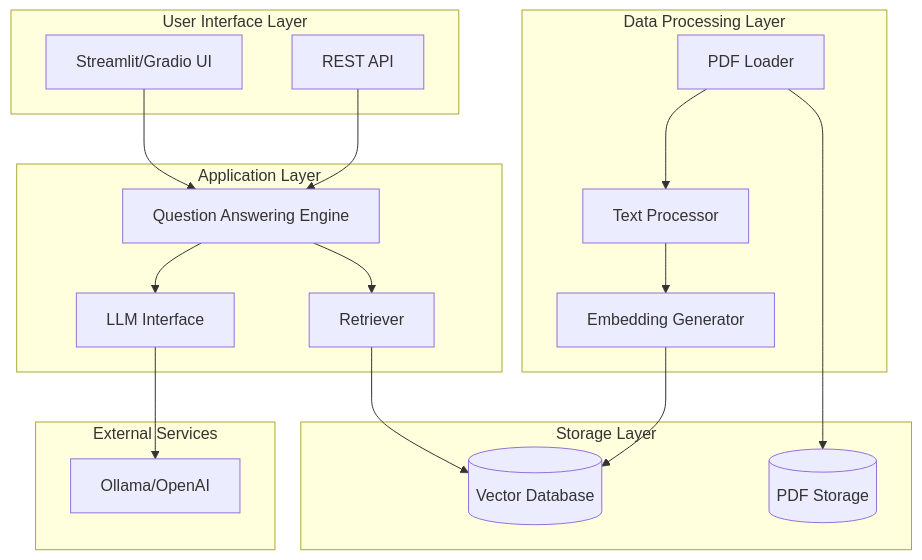
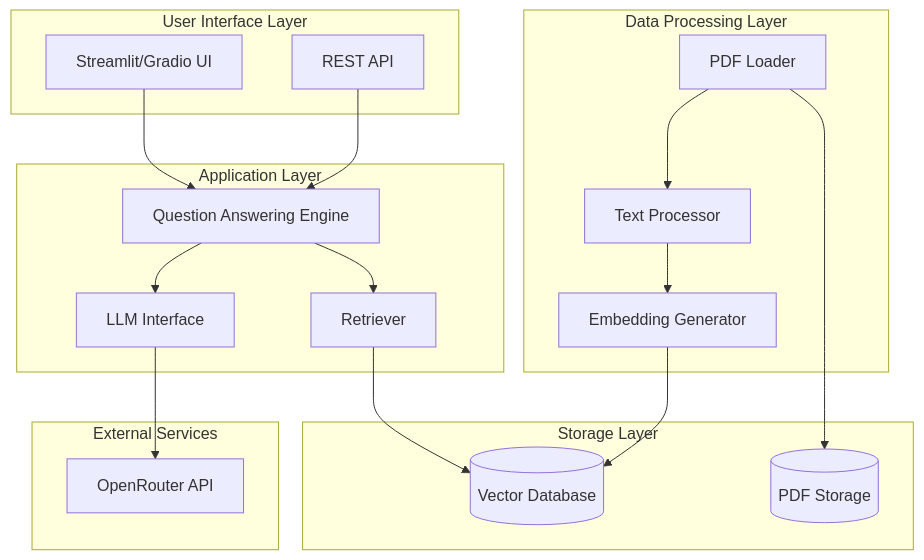
Before and after one commit to jaiivanthS/PDF-Question-Answering-System--RAG-Based-: the diagram in docs/architecture.md, drawn with Mermaid. The commit also changed other lines of this file and 11 other files, not shown here.

````diff
--- a/docs/architecture.md
+++ b/docs/architecture.md
@@ -9,39 +9,39 @@
 ```mermaid
 graph TB
     subgraph "User Interface Layer"
         UI[Streamlit/Gradio UI]
         API[REST API]
     end
     
     subgraph "Application Layer"
         QA[Question Answering Engine]
         RT[Retriever]
         LLM[LLM Interface]
     end
     
     subgraph "Data Processing Layer"
         PDFLoader[PDF Loader]
         TextProcessor[Text Processor]
         Embedder[Embedding Generator]
     end
     
     subgraph "Storage Layer"
         VectorDB[(Vector Database)]
         FileStore[(PDF Storage)]
     end
     
     subgraph "External Services"
-        Ollama[Ollama/OpenAI]
+        OpenRouter[OpenRouter API]
     end
     
     UI --> QA
     API --> QA
     QA --> RT
     QA --> LLM
     RT --> VectorDB
-    LLM --> Ollama
+    LLM --> OpenRouter
     PDFLoader --> FileStore
     PDFLoader --> TextProcessor
     TextProcessor --> Embedder
     Embedder --> VectorDB
 ```
````
